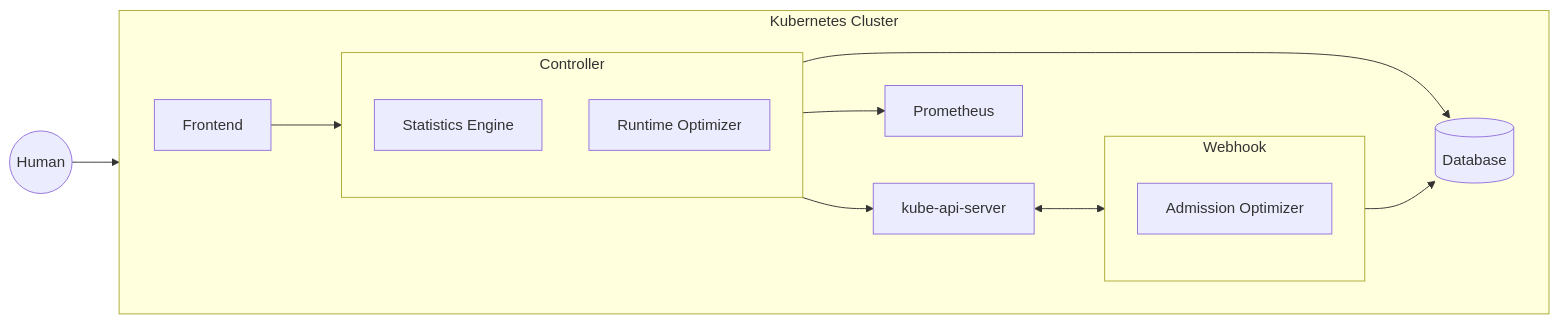
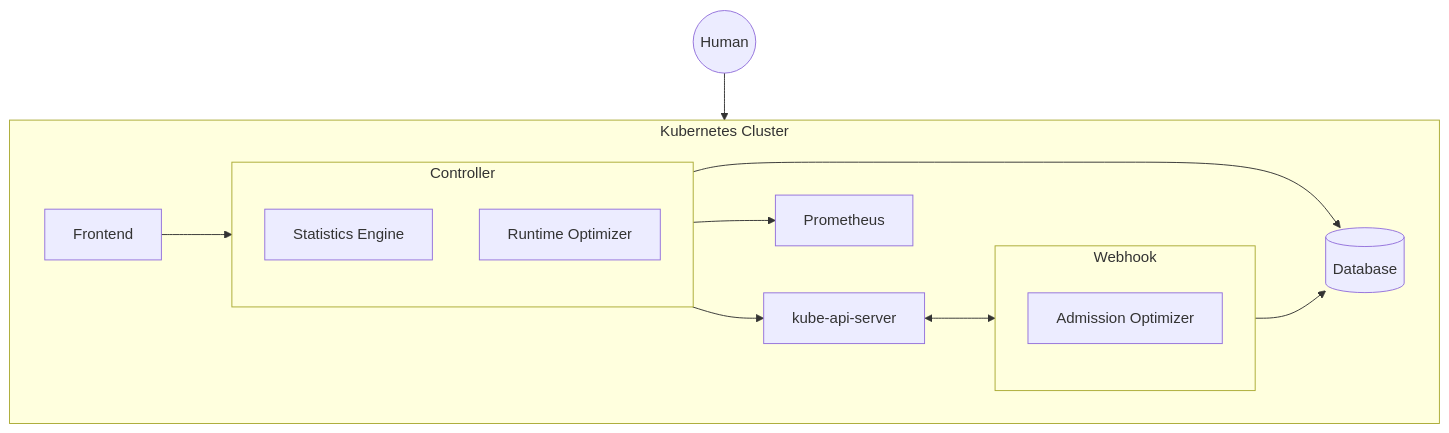
The first of 5 diagrams in docs/documentation/concepts/arch-introduction.md (truefoundry/CruiseKube), drawn with Mermaid before and after one commit. The commit also changed other lines of this file and 22 other files, not shown here.

````diff
--- a/docs/documentation/concepts/arch-introduction.md
+++ b/docs/documentation/concepts/arch-introduction.md
@@ -31,45 +31,45 @@
 ```mermaid
-flowchart LR
+flowchart TB
     %% Actor
     Human((Human))
 
     %% Kubernetes Cluster Boundary
     subgraph K8s[Kubernetes Cluster]
         direction LR
 
         %% Frontend
         Frontend[Frontend]
 
         %% Controller
         subgraph Controller
             direction TB
             Stats[Statistics Engine]
             Runtime[Runtime Optimizer]
         end
 
         %% API Server
         APIServer[kube-api-server]
 
         %% Webhook
         subgraph Webhook
             Admission[Admission Optimizer]
         end
 
         %% Data & Metrics
         Database[(Database)]
         Prometheus[Prometheus]
     end
 
     %% User Flow
     Human --> Frontend
     Frontend --> Controller
 
     %% Control Plane Flow
     Controller --> APIServer
     APIServer <--> Webhook
 
     %% Data Flow
     Controller --> Database
     Webhook --> Database
     Controller --> Prometheus
 ```
````
